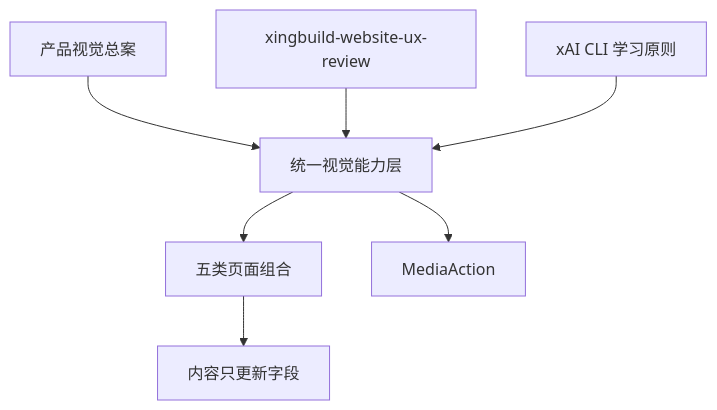
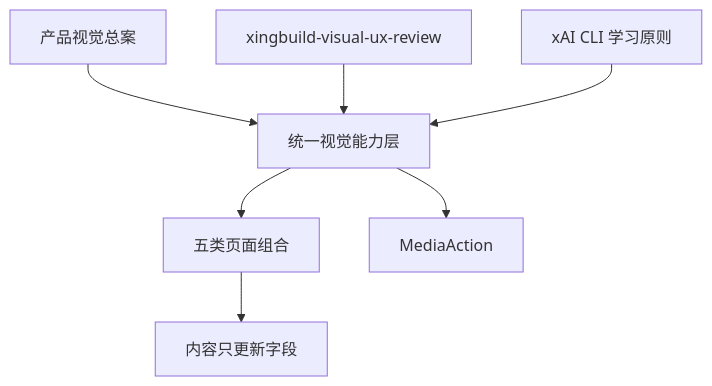
Before and after one commit to Chizheng4/xingbuild: the first of 2 diagrams in docs/design/v0.25.4 全站视觉结构与媒体交互方案.md, drawn with Mermaid. The commit also changed other lines of this file and 19 other files, not shown here.

````diff
--- a/docs/design/v0.25.4 全站视觉结构与媒体交互方案.md
+++ b/docs/design/v0.25.4 全站视觉结构与媒体交互方案.md
@@ -7,9 +7,9 @@
 ```mermaid
 flowchart TD
   A[产品视觉总案] --> D[统一视觉能力层]
-  B[xingbuild-website-ux-review] --> D
+  B[xingbuild-visual-ux-review] --> D
   C[xAI CLI 学习原则] --> D
   D --> E[五类页面组合]
   D --> F[MediaAction]
   E --> G[内容只更新字段]
 ```
````
